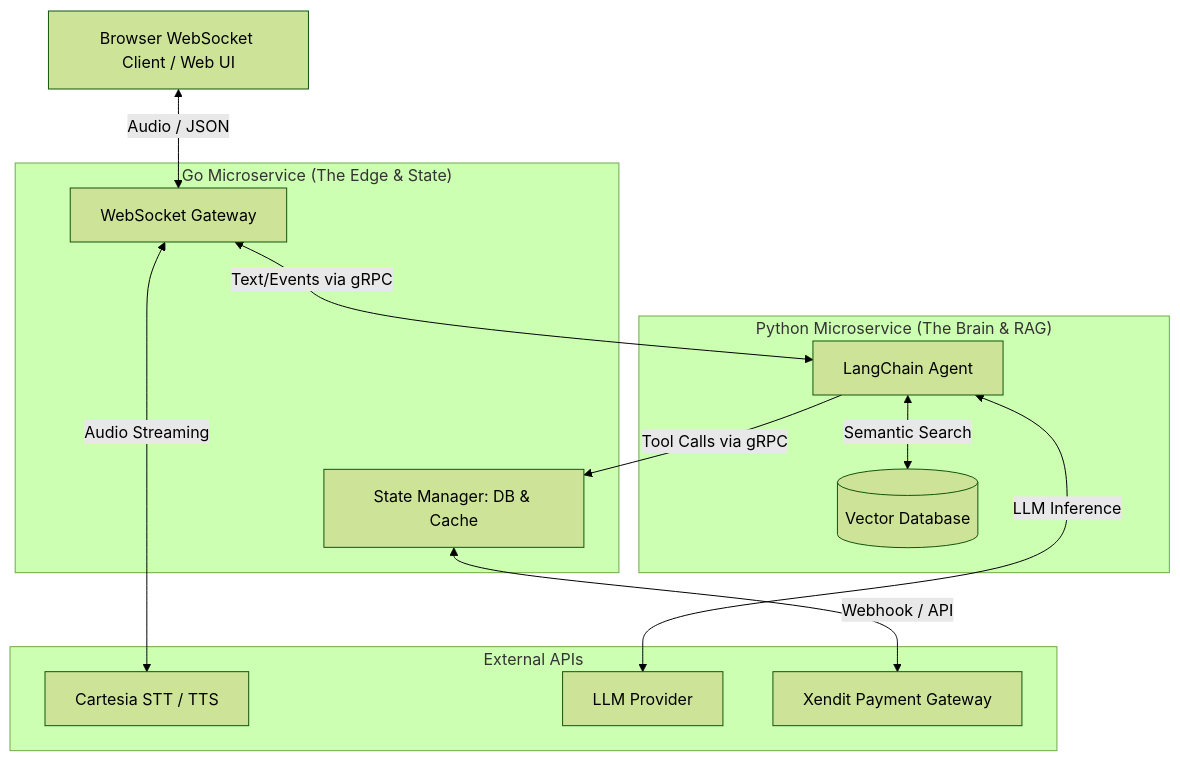
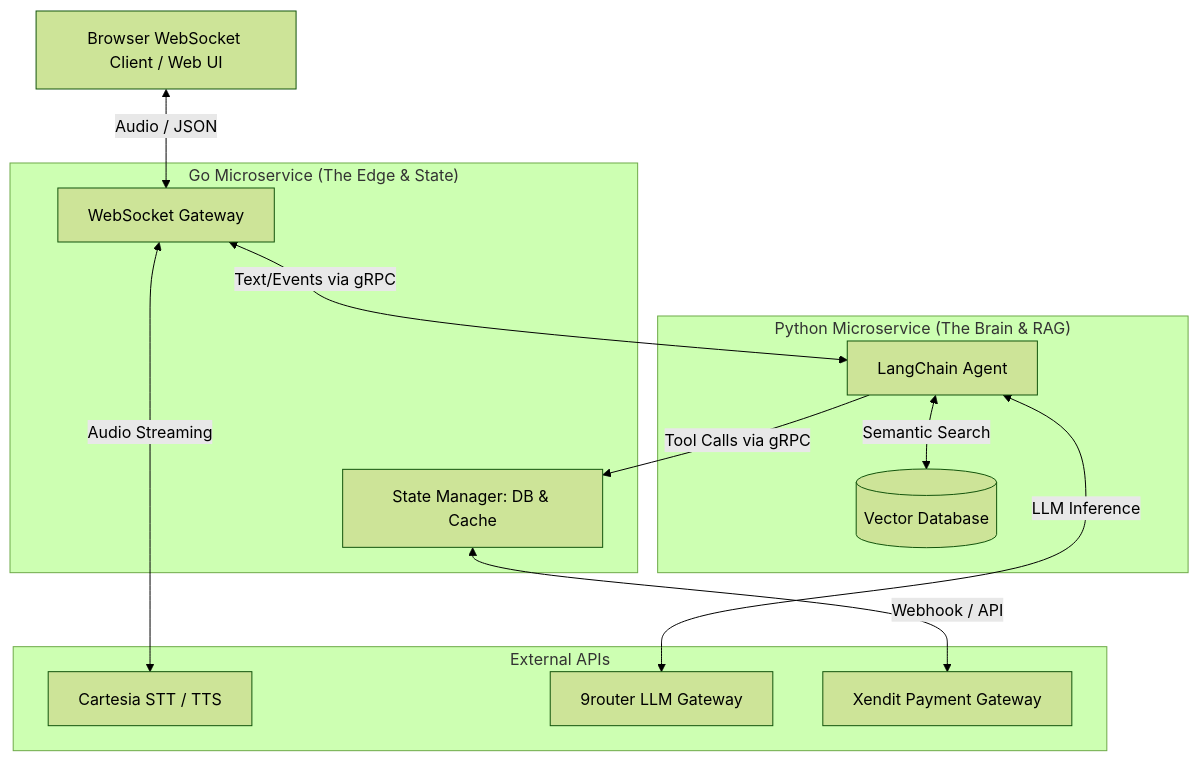
The diagram in docs/architecture.md (andhiyaulhaq/hotel-booking-voice-agent), drawn with Mermaid (forest theme) before and after one commit. The commit also changed other lines of this file and 15 other files, not shown here.

````diff
--- a/docs/architecture.md
+++ b/docs/architecture.md
@@ -14,28 +14,28 @@
 ```mermaid
 flowchart TD
     Client[Browser WebSocket Client / Web UI]
 
     subgraph GoMicro ["Go Microservice (The Edge & State)"]
         WS[WebSocket Gateway]
         State[State Manager: DB & Cache]
     end
 
     subgraph PythonMicro ["Python Microservice (The Brain & RAG)"]
         Agent[LangChain Agent]
         VectorDB[(Vector Database)]
     end
 
     subgraph External APIs
         Cartesia[Cartesia STT / TTS]
-        OpenAI[LLM Provider]
+        NineRouter[9router LLM Gateway]
         Xendit[Xendit Payment Gateway]
     end
 
     Client <-->|Audio / JSON| WS
     WS <-->|Audio Streaming| Cartesia
     WS <-->|Text/Events via gRPC| Agent
-    Agent <-->|LLM Inference| OpenAI
+    Agent <-->|LLM Inference| NineRouter
     Agent -->|Tool Calls via gRPC| State
     Agent <-->|Semantic Search| VectorDB
     State <-->|Webhook / API| Xendit
 ```
````
